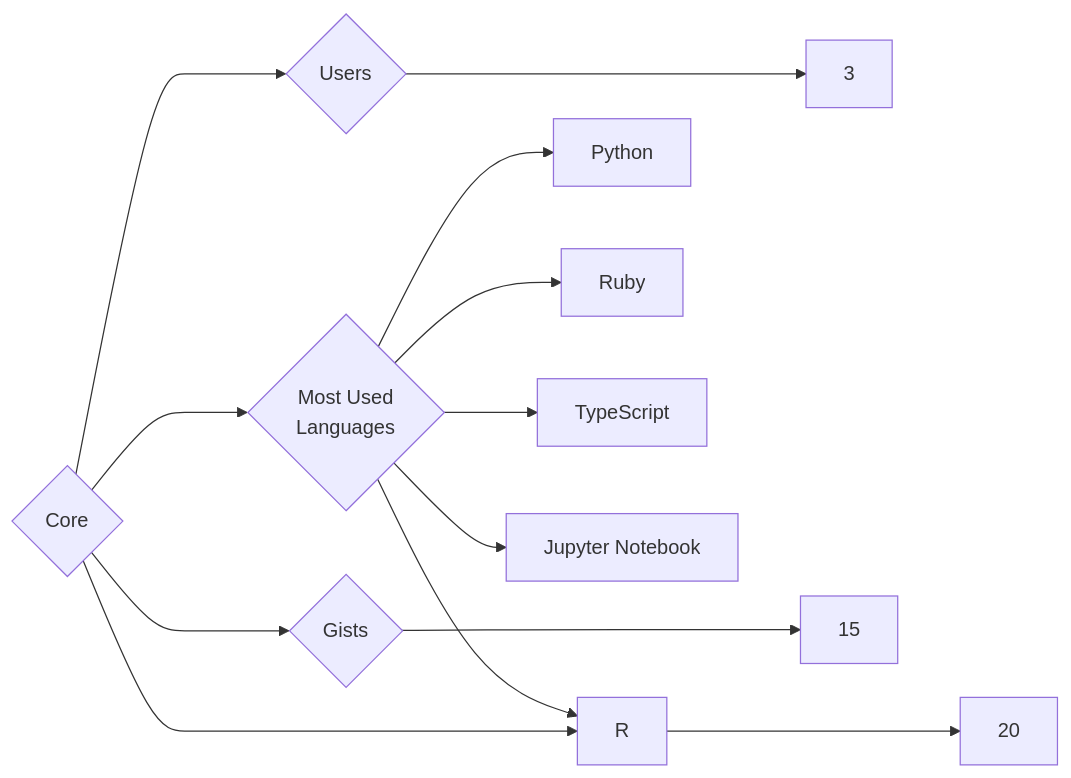
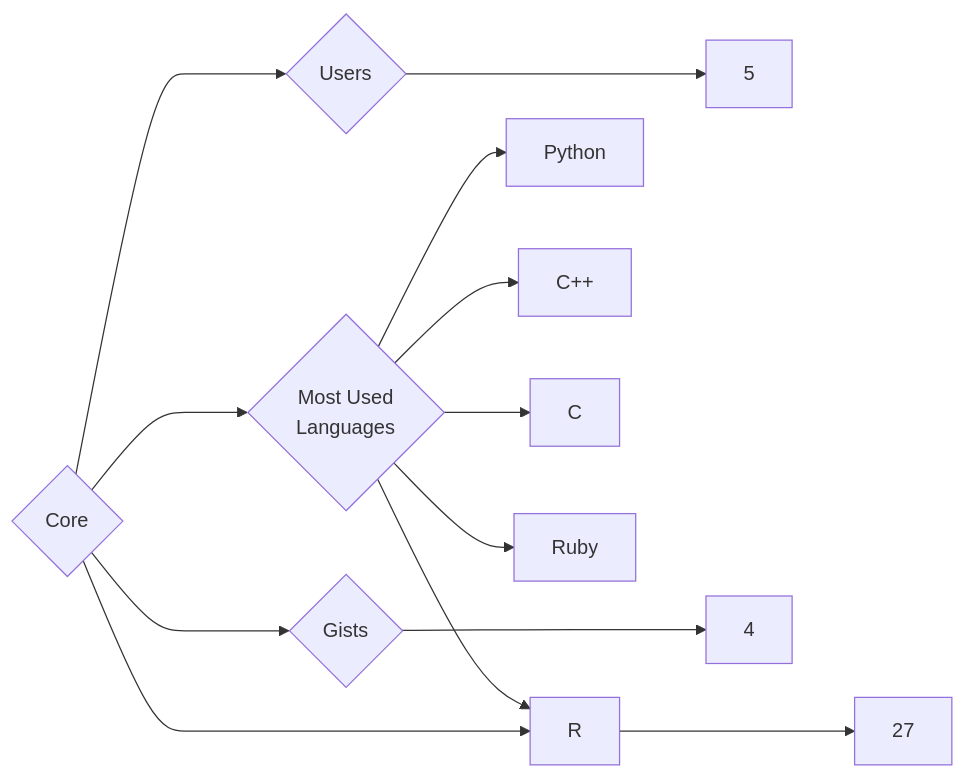
One commit to trickest/insiders changed the diagram in targets/Core/README.md. Above: the diagram before and after it, drawn with Mermaid. The commit also changed 1120 other files, not shown here.

````diff
--- a/targets/Core/README.md
+++ b/targets/Core/README.md
@@ -3,13 +3,13 @@
 ```mermaid
 graph LR
 COMPANY_NAME{Core}
-COMPANY_NAME ---> U{Users} ---> UN[3]
-COMPANY_NAME ---> R{Repositories} ---> RN[20]
-COMPANY_NAME ---> G{Gists} ---> GN[15]
+COMPANY_NAME ---> U{Users} ---> UN[5]
+COMPANY_NAME ---> R{Repositories} ---> RN[27]
+COMPANY_NAME ---> G{Gists} ---> GN[4]
 COMPANY_NAME ---> ML{Most Used<br>Languages}
 ML --> Python[Python]
+ML --> C++[C++]
+ML --> C[C]
+ML --> R[R]
 ML --> Ruby[Ruby]
-ML --> R[R]
-ML --> TypeScript[TypeScript]
-ML --> Jupyter_Notebook[Jupyter Notebook]
 ```
````
